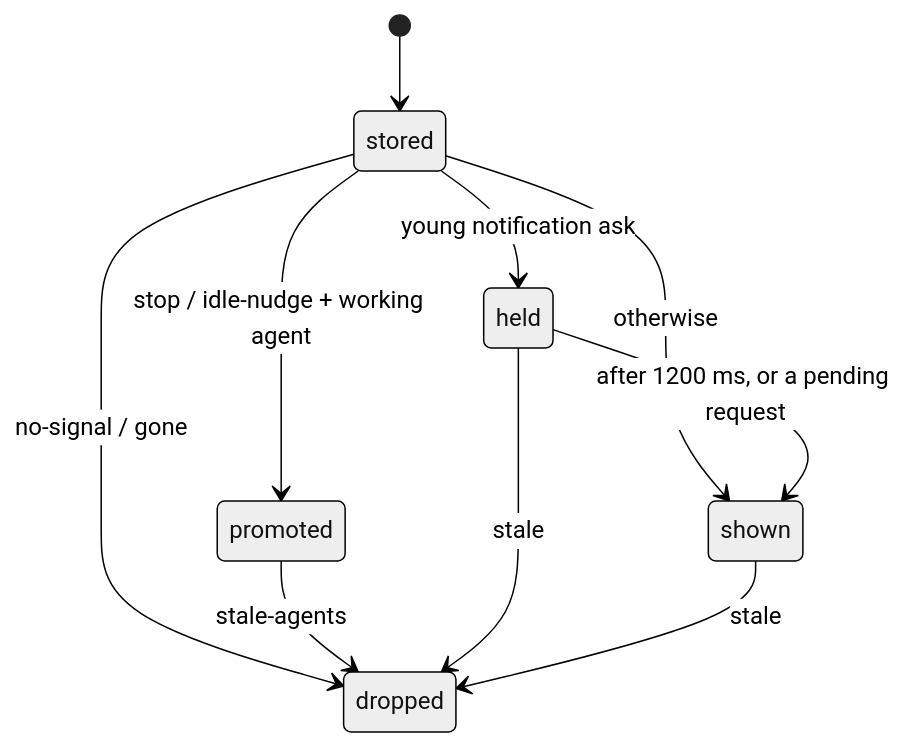
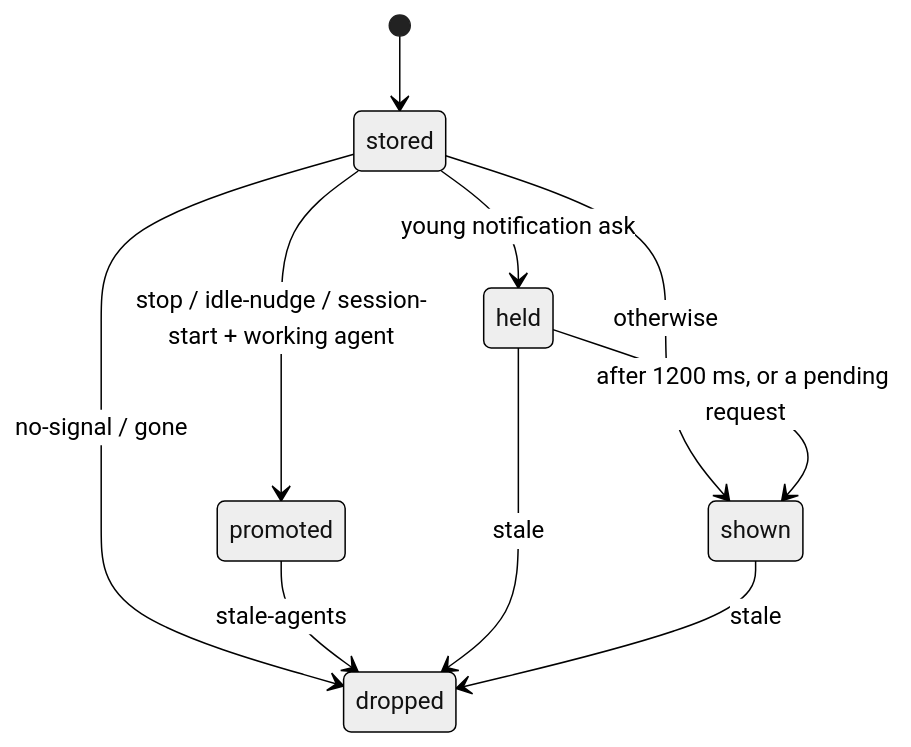
One commit to CallumJB125/claude-traffic-light changed the second of 2 diagrams in docs/state-machine.md. Above: the diagram before and after it, drawn with Mermaid (neutral theme). The commit also changed other lines of this file and 9 other files, not shown here.

First line of the commit message:
Read a just-opened session as idle, on the waiting stale window

````diff
--- a/docs/state-machine.md
+++ b/docs/state-machine.md
@@ -170,12 +171,12 @@
 ```mermaid
 stateDiagram-v2
   [*] --> stored
   stored --> dropped: no-signal / gone
   stored --> held: young notification ask
-  stored --> promoted: stop / idle-nudge + working agent
+  stored --> promoted: stop / idle-nudge / session-start + working agent
   stored --> shown: otherwise
   held --> shown: after 1200 ms, or a pending request
   promoted --> dropped: stale-agents
   held --> dropped: stale
   shown --> dropped: stale
 ```
````
